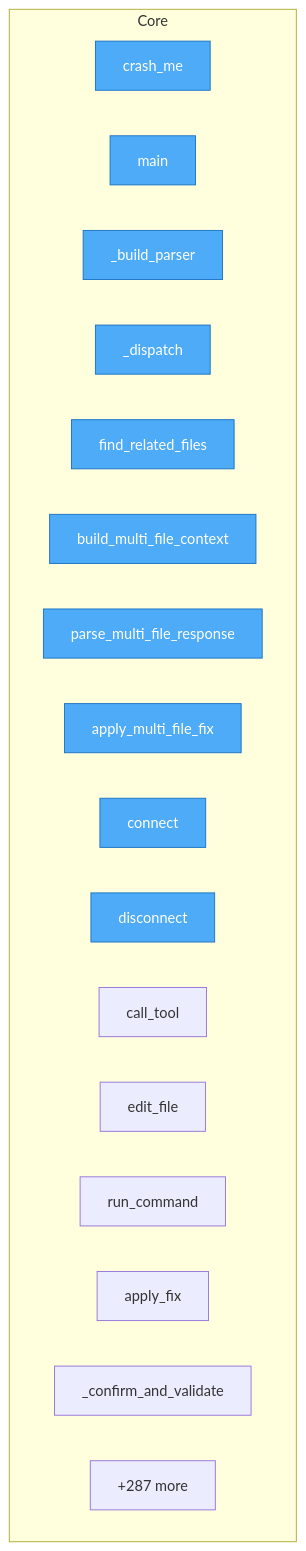
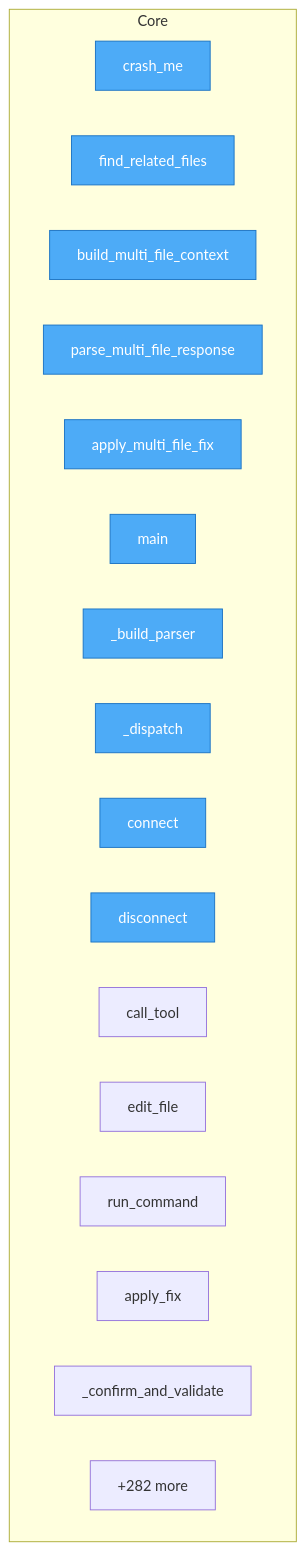
One commit to semcod/pfix changed the diagram in project/flow.mmd. Above: the diagram before and after it, drawn with Mermaid. The commit also changed 28 other files, not shown here.

```diff
--- a/project/flow.mmd
+++ b/project/flow.mmd
@@ -1,25 +1,25 @@
 flowchart TD
 
     %% Entry points (blue)
     classDef entry fill:#4dabf7,stroke:#1971c2,color:#fff
 
     subgraph Core
         verify_runtime__crash_me["crash_me"]
-        src__pfix__cli__main["main"]
-        src__pfix__cli___build_parser["_build_parser"]
-        src__pfix__cli___dispatch["_dispatch"]
         src__pfix__multi_fix__find_related_files["find_related_files"]
         src__pfix__multi_fix__build_multi_file_context["build_multi_file_context"]
         src__pfix__multi_fix__parse_multi_file_response["parse_multi_file_response"]
         src__pfix__multi_fix__apply_multi_file_fix["apply_multi_file_fix"]
+        src__pfix__cli__main["main"]
+        src__pfix__cli___build_parser["_build_parser"]
+        src__pfix__cli___dispatch["_dispatch"]
         src__pfix__mcp_client__MCPClient__connect["connect"]
         src__pfix__mcp_client__MCPClient__disconnect["disconnect"]
         src__pfix__mcp_client__MCPClient__call_tool["call_tool"]
         src__pfix__mcp_client__MCPClient__edit_file["edit_file"]
         src__pfix__mcp_client__MCPClient__run_command["run_command"]
         src__pfix__fixer__apply_fix["apply_fix"]
         src__pfix__fixer___confirm_and_validate["_confirm_and_validate"]
-        ...["+287 more"]
+        ...["+282 more"]
     end
 
-    class verify_runtime__crash_me,src__pfix__cli__main,src__pfix__cli___build_parser,src__pfix__cli___dispatch,src__pfix__multi_fix__find_related_files,src__pfix__multi_fix__build_multi_file_context,src__pfix__multi_fix__parse_multi_file_response,src__pfix__multi_fix__apply_multi_file_fix,src__pfix__mcp_client__MCPClient__connect,src__pfix__mcp_client__MCPClient__disconnect entry
+    class verify_runtime__crash_me,src__pfix__multi_fix__find_related_files,src__pfix__multi_fix__build_multi_file_context,src__pfix__multi_fix__parse_multi_file_response,src__pfix__multi_fix__apply_multi_file_fix,src__pfix__cli__main,src__pfix__cli___build_parser,src__pfix__cli___dispatch,src__pfix__mcp_client__MCPClient__connect,src__pfix__mcp_client__MCPClient__disconnect entry
```
